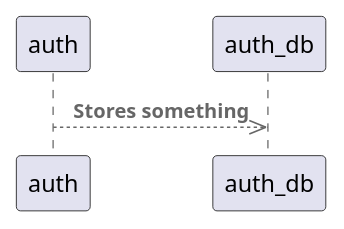
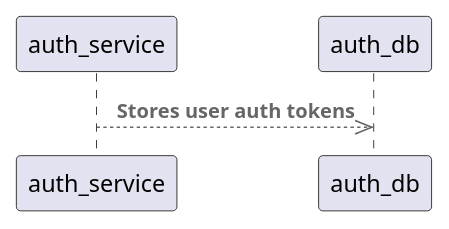
One commit to acme-corp-tech/auth changed the diagram in resources/diagrams/auth_relations.puml. Above: the diagram before and after it, drawn with PlantUML. The commit also changed 1 other file, not shown here.

Commit message:
Update diagrams

```diff
--- a/resources/diagrams/auth_relations.puml
+++ b/resources/diagrams/auth_relations.puml
@@ -1,6 +1,6 @@
 @startuml "auth_relations"
 !include https://raw.githubusercontent.com/plantuml-stdlib/C4-PlantUML/master/C4_Container.puml
 
-Rel(auth, auth_db, "Stores something")
+Rel(auth_service, auth_db, "Stores user auth tokens")
 
 @enduml
```
